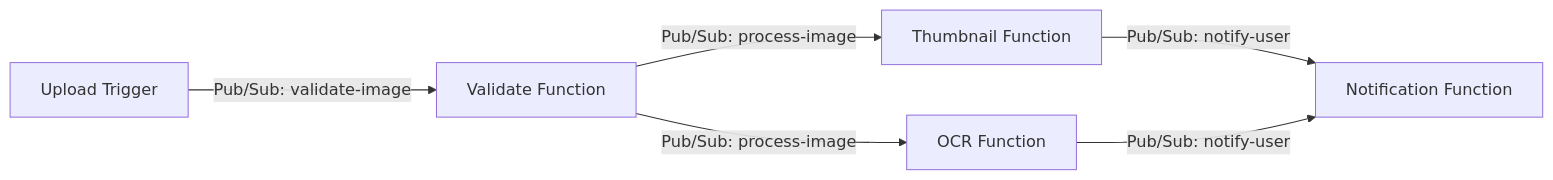
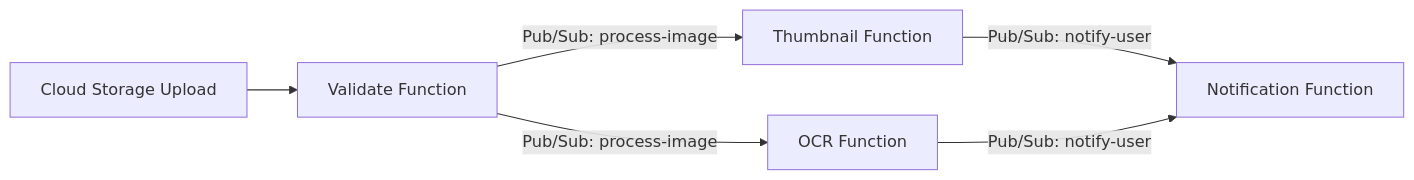
The diagram in posts/2026-02-17-how-to-chain-multiple-cloud-functions-together-using-pubsub-for-a-processing-pipeline/README.md (OneUptime/blog), drawn with Mermaid before and after one commit. The commit also changed other lines of this file and 2 other files, not shown here.

Commit message:
validate: 2026-02-17-how-to-chain-multiple-cloud-functions-together-using-pubsub-for-a-processing-pipeline

````diff
--- a/posts/2026-02-17-how-to-chain-multiple-cloud-functions-together-using-pubsub-for-a-processing-pipeline/README.md
+++ b/posts/2026-02-17-how-to-chain-multiple-cloud-functions-together-using-pubsub-for-a-processing-pipeline/README.md
@@ -26,8 +26,8 @@
 ```mermaid
 graph LR
-    A[Upload Trigger] -->|Pub/Sub: validate-image| B[Validate Function]
+    A[Cloud Storage Upload] --> B[Validate Function]
     B -->|Pub/Sub: process-image| C[Thumbnail Function]
     B -->|Pub/Sub: process-image| D[OCR Function]
     C -->|Pub/Sub: notify-user| E[Notification Function]
     D -->|Pub/Sub: notify-user| E
 ```
````
